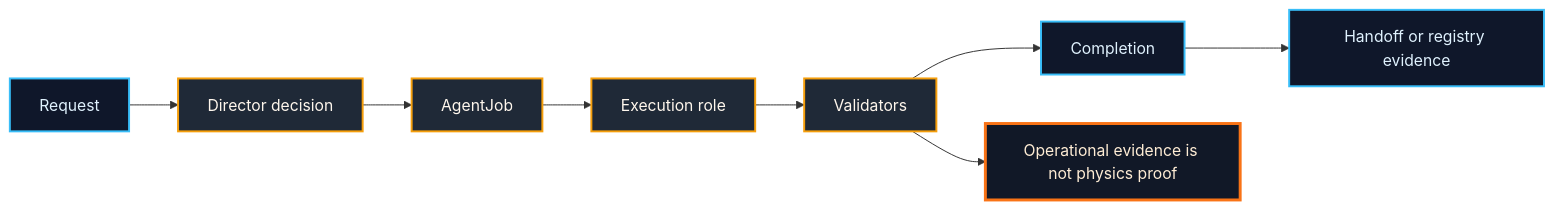
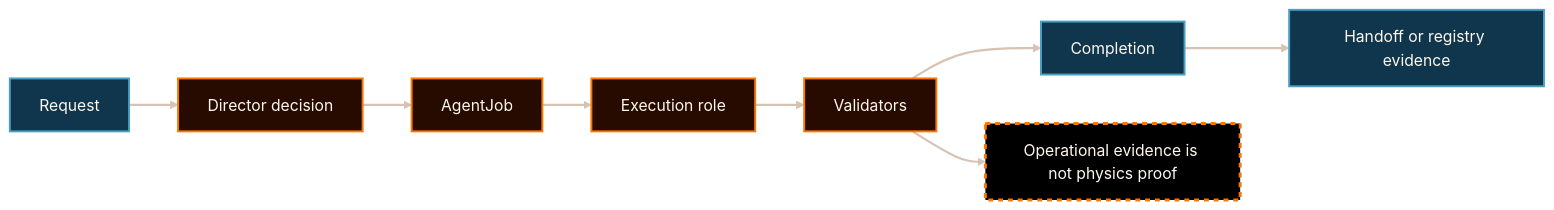
One commit to AngryOwlAI/The-AEther-Flow-Website changed the diagram in docs/content-dossiers/operations/diagrams/operations-control-spine.mmd. Above: the diagram before and after it, drawn with Mermaid. The commit also changed 60 other files, not shown here.

```diff
--- a/docs/content-dossiers/operations/diagrams/operations-control-spine.mmd
+++ b/docs/content-dossiers/operations/diagrams/operations-control-spine.mmd
@@ -1,15 +1,42 @@
+---
+config:
+  theme: base
+  themeVariables:
+    darkMode: true
+    background: "#000000"
+    primaryColor: "#050403"
+    primaryTextColor: "#fff8ef"
+    primaryBorderColor: "#d6c3b4"
+    lineColor: "#d6c3b4"
+    fontFamily: "Inter, ui-sans-serif, system-ui, -apple-system, BlinkMacSystemFont, Segoe UI, sans-serif"
+    fontSize: "16px"
+    clusterBkg: "#080401"
+    clusterBorder: "#d6c3b4"
+    edgeLabelBackground: "#000000"
+---
+
 flowchart LR
   request["Request"] --> director["Director decision"]
   director --> job["AgentJob"]
   job --> role["Execution role"]
   role --> validators["Validators"]
   validators --> completion["Completion"]
   completion --> handoff["Handoff or registry evidence"]
   validators --> boundary["Operational evidence is not physics proof"]
 
-  classDef source fill:#0f172a,stroke:#38bdf8,color:#e0f2fe,stroke-width:2px;
-  classDef control fill:#1f2937,stroke:#f59e0b,color:#fff7ed,stroke-width:2px;
-  classDef boundary fill:#111827,stroke:#f97316,color:#ffedd5,stroke-width:3px;
-  class request,completion,handoff source;
+  classDef default fill:#050403,stroke:#d6c3b4,color:#fff8ef,stroke-width:1.5px;
+  classDef source fill:#0f364d,stroke:#48a0c0,color:#fff8ef,stroke-width:2px;
+  classDef control fill:#270b01,stroke:#f87800,color:#fff8ef,stroke-width:2px;
+  classDef bridge fill:#164964,stroke:#f4d6a1,color:#fff8ef,stroke-width:2px;
+  classDef decision fill:#702000,stroke:#f87800,color:#fff8ef,stroke-width:2.25px;
+  classDef target fill:#2d7ea0,stroke:#f4d6a1,color:#ffffff,stroke-width:2px;
+  classDef success fill:#164964,stroke:#48a0c0,color:#fff8ef,stroke-width:2px;
+  classDef risk fill:#702000,stroke:#f87800,color:#fff8ef,stroke-width:2px,stroke-dasharray: 5 5;
+  classDef boundary fill:#000000,stroke:#f87800,color:#fff8ef,stroke-width:3px,stroke-dasharray: 5 5;
+  classDef external fill:#080401,stroke:#f4d6a1,color:#fff8ef,stroke-width:2px;
+
+  class boundary boundary;
   class director,job,role,validators control;
-  class boundary boundary;
+  class completion,handoff,request source;
+
+  linkStyle default stroke:#d6c3b4,stroke-width:2.25px;
```
